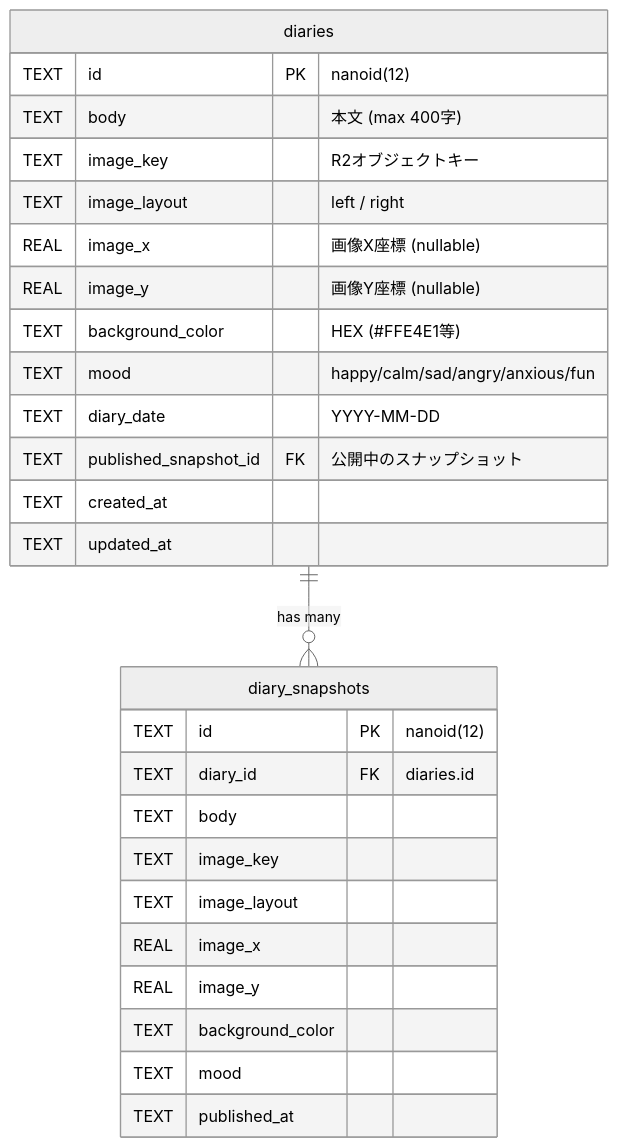
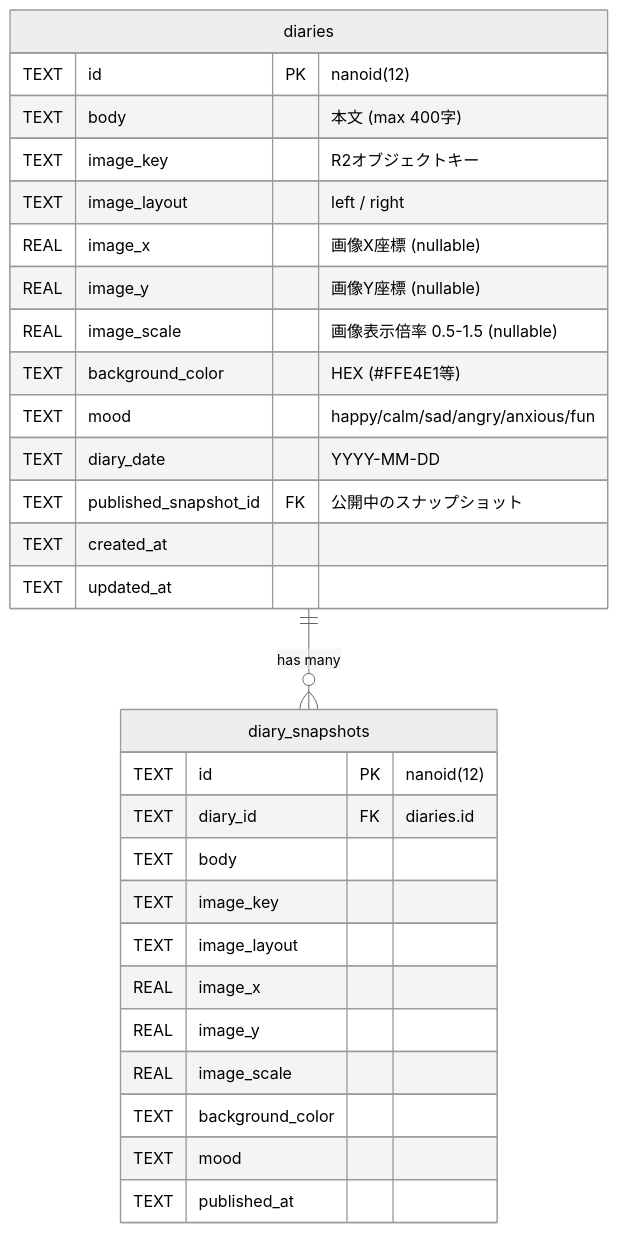
Before and after one commit to shimabox/400-diary: the first of 3 diagrams in docs/architecture/database.md, drawn with Mermaid (neutral theme). The commit also changed 30 other files, not shown here.

````diff
--- a/docs/architecture/database.md
+++ b/docs/architecture/database.md
@@ -9,30 +9,32 @@
 ```mermaid
 erDiagram
     diaries ||--o{ diary_snapshots : "has many"
     diaries {
         TEXT id PK "nanoid(12)"
         TEXT body "本文 (max 400字)"
         TEXT image_key "R2オブジェクトキー"
         TEXT image_layout "left / right"
         REAL image_x "画像X座標 (nullable)"
         REAL image_y "画像Y座標 (nullable)"
+        REAL image_scale "画像表示倍率 0.5-1.5 (nullable)"
         TEXT background_color "HEX (#FFE4E1等)"
         TEXT mood "happy/calm/sad/angry/anxious/fun"
         TEXT diary_date "YYYY-MM-DD"
         TEXT published_snapshot_id FK "公開中のスナップショット"
         TEXT created_at
         TEXT updated_at
     }
     diary_snapshots {
         TEXT id PK "nanoid(12)"
         TEXT diary_id FK "diaries.id"
         TEXT body
         TEXT image_key
         TEXT image_layout
         REAL image_x
         REAL image_y
+        REAL image_scale
         TEXT background_color
         TEXT mood
         TEXT published_at
     }
 ```
````
